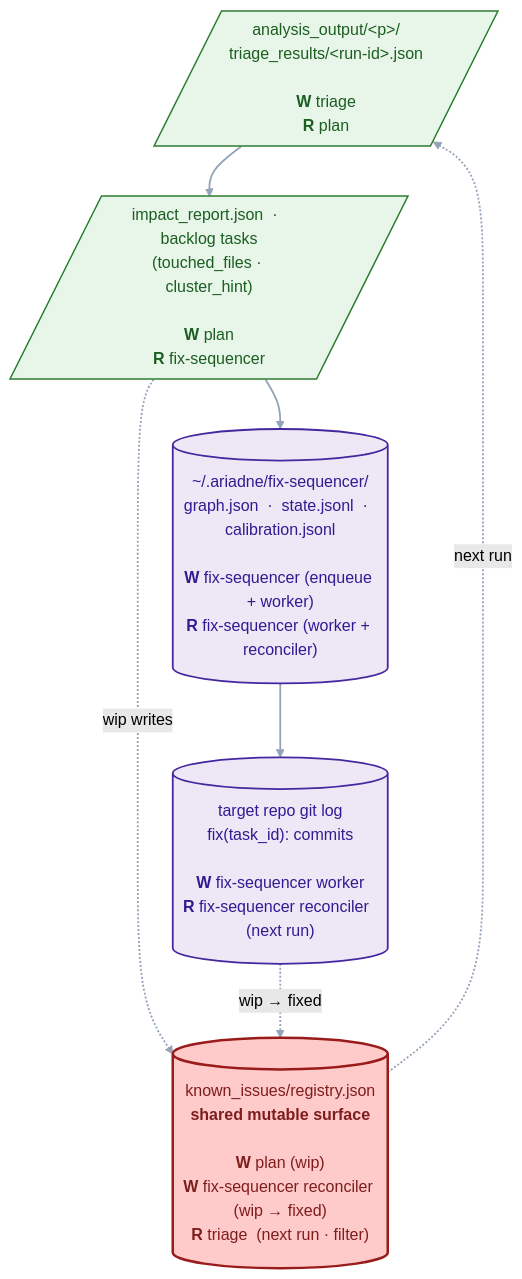
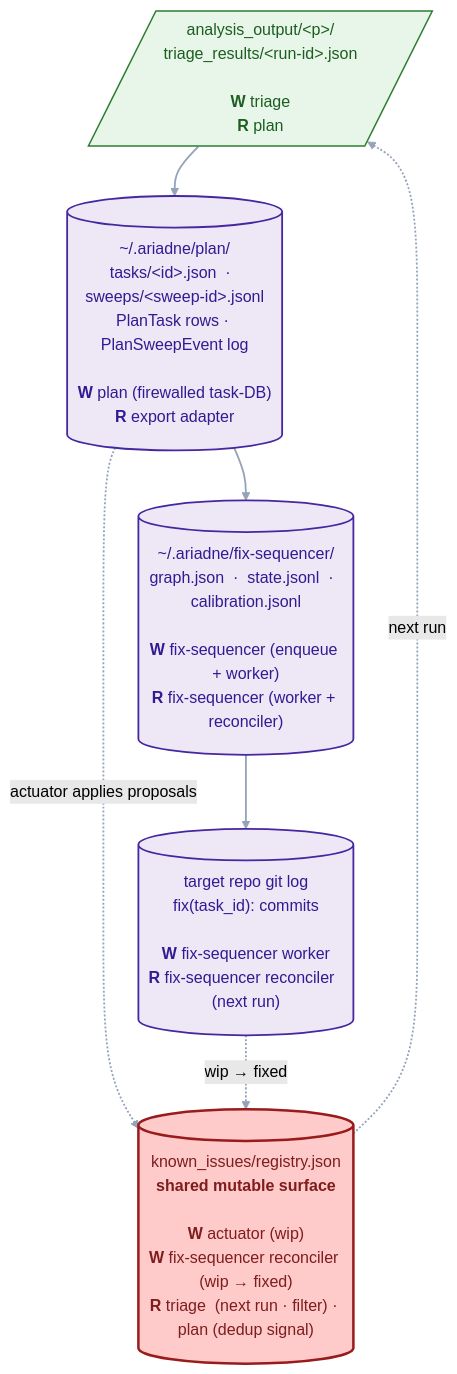
One commit to CRJFisher/ariadne changed the diagram in .claude/skills/triage/README.pipeline.mmd. Above: the diagram before and after it, drawn with Mermaid (forest theme). The commit also changed 50 other files, not shown here.

```diff
--- a/.claude/skills/triage/README.pipeline.mmd
+++ b/.claude/skills/triage/README.pipeline.mmd
@@ -1,18 +1,18 @@
 flowchart TB
   classDef artifact   fill:#e8f5e9,stroke:#2e7d32,stroke-width:1.5px,color:#1b5e20
   classDef store      fill:#ede7f6,stroke:#4527a0,stroke-width:1.8px,color:#311b92
   classDef regwrite   fill:#fecaca,stroke:#991b1b,stroke-width:2.5px,color:#7f1d1d
 
   D1[/"analysis_output/&lt;p&gt;/<br/>triage_results/&lt;run-id&gt;.json<br/><br/><b>W</b> triage<br/><b>R</b> plan"/]:::artifact
-  D2[/"impact_report.json  ·  backlog tasks<br/>(touched_files · cluster_hint)<br/><br/><b>W</b> plan<br/><b>R</b> fix-sequencer"/]:::artifact
+  D2[("~/.ariadne/plan/<br/>tasks/&lt;id&gt;.json  ·  sweeps/&lt;sweep-id&gt;.jsonl<br/>PlanTask rows · PlanSweepEvent log<br/><br/><b>W</b> plan (firewalled task-DB)<br/><b>R</b> export adapter")]:::store
   D3[("~/.ariadne/fix-sequencer/<br/>graph.json  ·  state.jsonl  ·  calibration.jsonl<br/><br/><b>W</b> fix-sequencer (enqueue + worker)<br/><b>R</b> fix-sequencer (worker + reconciler)")]:::store
   D4[("target repo git log<br/>fix(task_id): commits<br/><br/><b>W</b> fix-sequencer worker<br/><b>R</b> fix-sequencer reconciler  (next run)")]:::store
-  REG[("known_issues/registry.json<br/><b>shared mutable surface</b><br/><br/><b>W</b> plan (wip)<br/><b>W</b> fix-sequencer reconciler (wip → fixed)<br/><b>R</b> triage  (next run · filter)")]:::regwrite
+  REG[("known_issues/registry.json<br/><b>shared mutable surface</b><br/><br/><b>W</b> actuator (wip)<br/><b>W</b> fix-sequencer reconciler (wip → fixed)<br/><b>R</b> triage  (next run · filter) · plan (dedup signal)")]:::regwrite
 
   D1 --> D2 --> D3 --> D4
 
-  D2 -. "wip writes" .-> REG
+  D2 -. "actuator applies proposals" .-> REG
   D4 -. "wip → fixed" .-> REG
   REG -. "next run" .-> D1
 
   linkStyle default stroke:#94a3b8,stroke-width:1.8px
```
